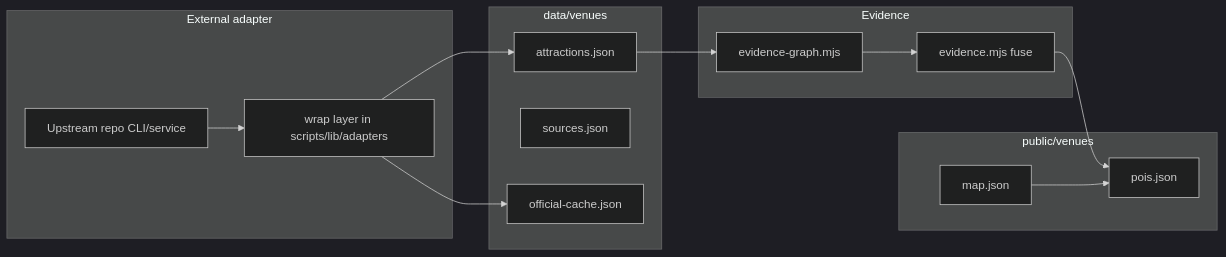
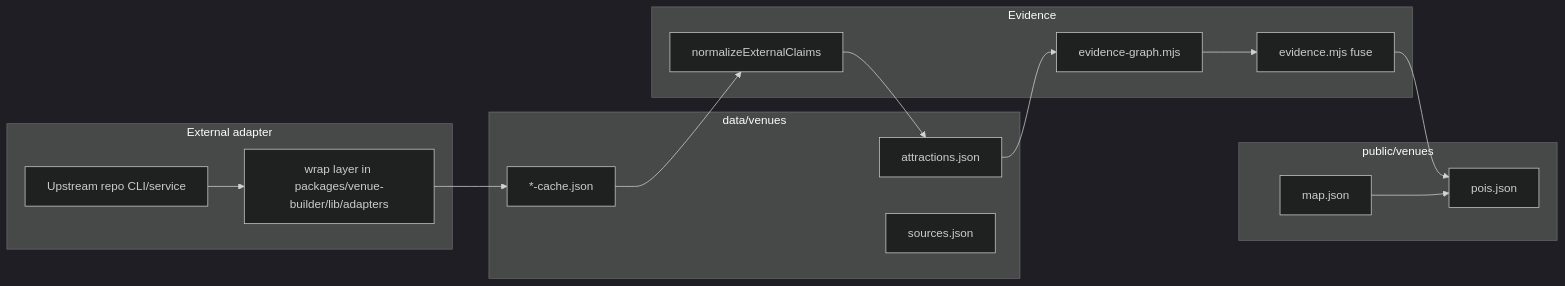
The diagram in docs/universal-venue-builder-architecture.md (parthalon025/six-flags-sa), drawn with Mermaid (dark theme) before and after one commit. The commit also changed other lines of this file and 162 other files, not shown here.

First line of the commit message:
External sources ingest, venue packages, and Side Quests (#70)

````diff
--- a/docs/universal-venue-builder-architecture.md
+++ b/docs/universal-venue-builder-architecture.md
@@ -21,27 +57,29 @@
 ```mermaid
 flowchart LR
   subgraph adapter [External adapter]
     UP[Upstream repo CLI/service]
-    WRAP[wrap layer in scripts/lib/adapters]
+    WRAP[wrap layer in packages/venue-builder/lib/adapters]
   end
   subgraph sidecar [data/venues]
     ATTR[attractions.json]
     SRC[sources.json]
-    CACHE[official-cache.json]
+    CACHE["*-cache.json"]
   end
   subgraph fuse [Evidence]
+    NORM[normalizeExternalClaims]
     EG[evidence-graph.mjs]
     EV[evidence.mjs fuse]
   end
   subgraph ship [public/venues]
     POIS[pois.json]
     MAP[map.json]
   end
   UP --> WRAP
-  WRAP --> ATTR
   WRAP --> CACHE
+  CACHE --> NORM
+  NORM --> ATTR
   ATTR --> EG
   EG --> EV
   EV --> POIS
   MAP --> POIS
 ```
````
